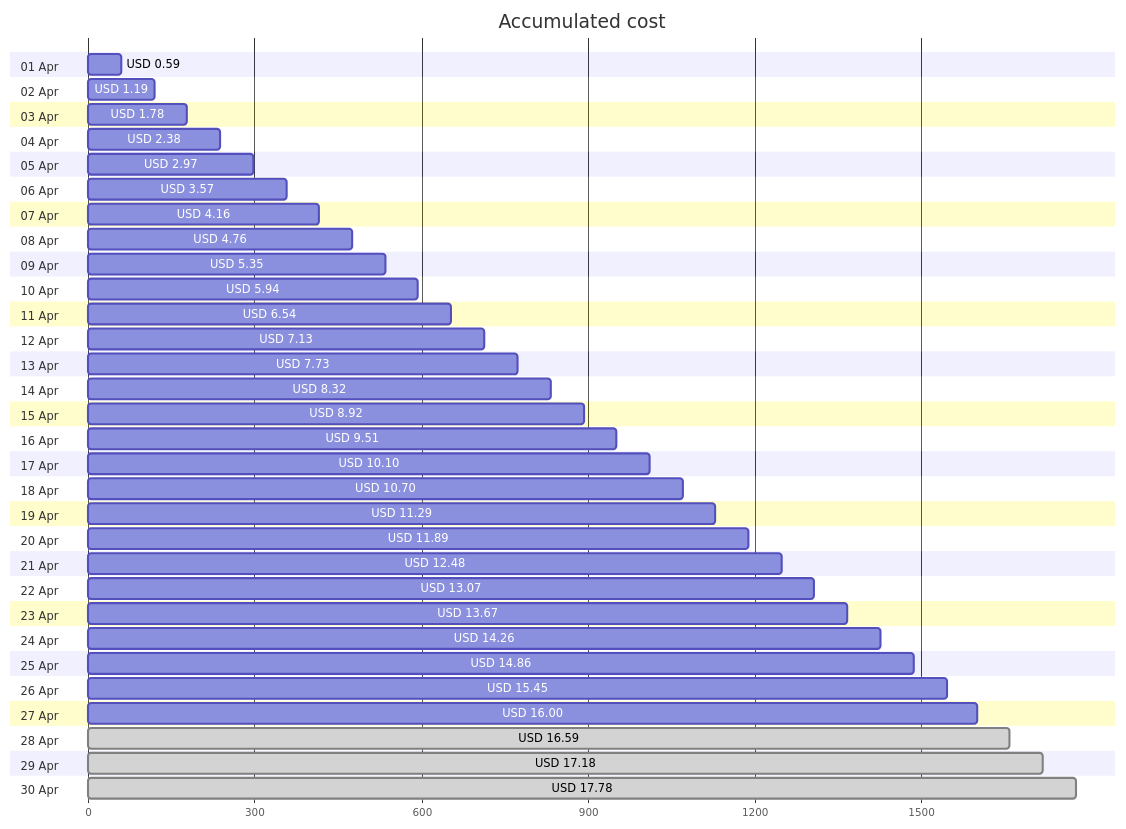
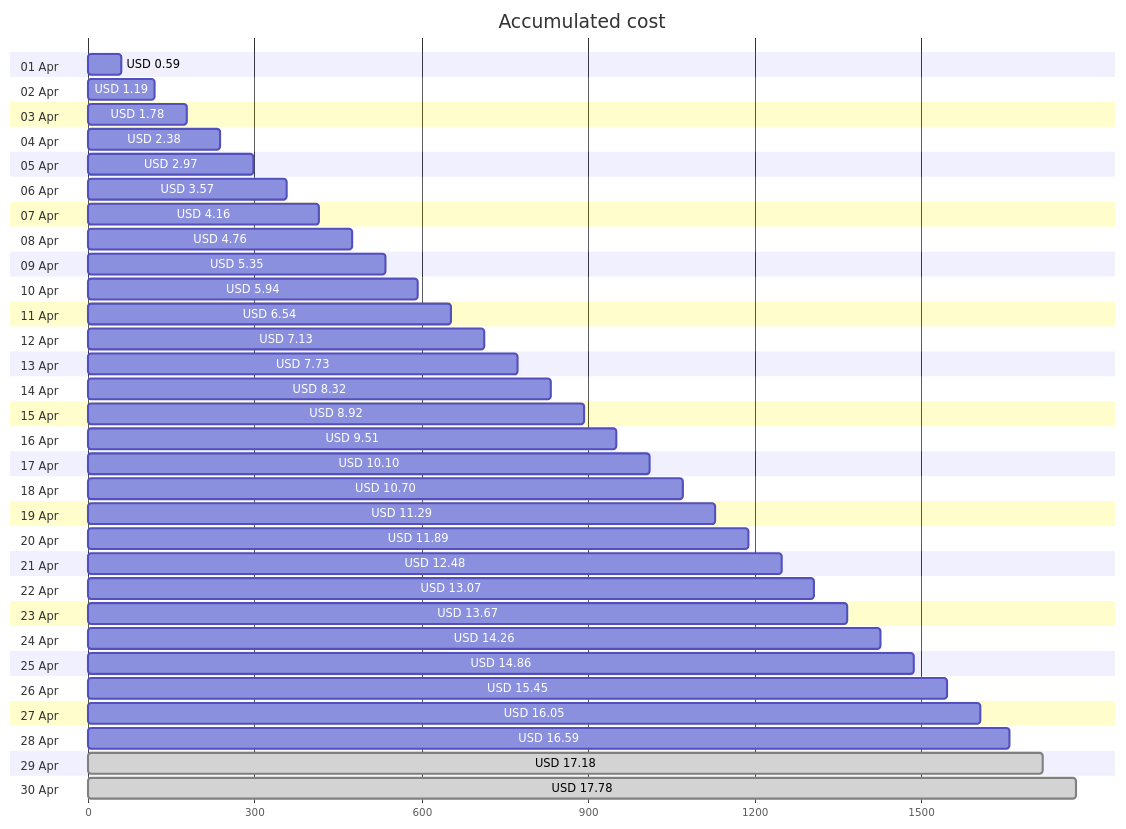
The first of 4 diagrams in cost-reports/personal-site/README.md (jpfulton/azure-personal-reports), drawn with Mermaid before and after one commit. The commit also changed other lines of this file and 6 other files, not shown here.

````diff
--- a/cost-reports/personal-site/README.md
+++ b/cost-reports/personal-site/README.md
@@ -20,66 +20,66 @@
 ```mermaid
 gantt
    title Accumulated cost
    dateFormat  X
    axisFormat %s
    section 01 Apr
    USD 0.59 :0, 59
    section 02 Apr
    USD 1.19 :0, 119
    section 03 Apr
    USD 1.78 :0, 178
    section 04 Apr
    USD 2.38 :0, 238
    section 05 Apr
    USD 2.97 :0, 297
    section 06 Apr
    USD 3.57 :0, 357
    section 07 Apr
    USD 4.16 :0, 416
    section 08 Apr
    USD 4.76 :0, 476
    section 09 Apr
    USD 5.35 :0, 535
    section 10 Apr
    USD 5.94 :0, 594
    section 11 Apr
    USD 6.54 :0, 654
    section 12 Apr
    USD 7.13 :0, 713
    section 13 Apr
    USD 7.73 :0, 773
    section 14 Apr
    USD 8.32 :0, 832
    section 15 Apr
    USD 8.92 :0, 892
    section 16 Apr
    USD 9.51 :0, 951
    section 17 Apr
    USD 10.10 :0, 1010
    section 18 Apr
    USD 10.70 :0, 1070
    section 19 Apr
    USD 11.29 :0, 1129
    section 20 Apr
    USD 11.89 :0, 1189
    section 21 Apr
    USD 12.48 :0, 1248
    section 22 Apr
    USD 13.07 :0, 1307
    section 23 Apr
    USD 13.67 :0, 1367
    section 24 Apr
    USD 14.26 :0, 1426
    section 25 Apr
    USD 14.86 :0, 1486
    section 26 Apr
    USD 15.45 :0, 1545
    section 27 Apr
-   USD 16.00 :0, 1600
+   USD 16.05 :0, 1605
    section 28 Apr
-   USD 16.59 : done, 0, 1659
+   USD 16.59 :0, 1659
    section 29 Apr
    USD 17.18 : done, 0, 1718
    section 30 Apr
    USD 17.78 : done, 0, 1778
 ```
````
